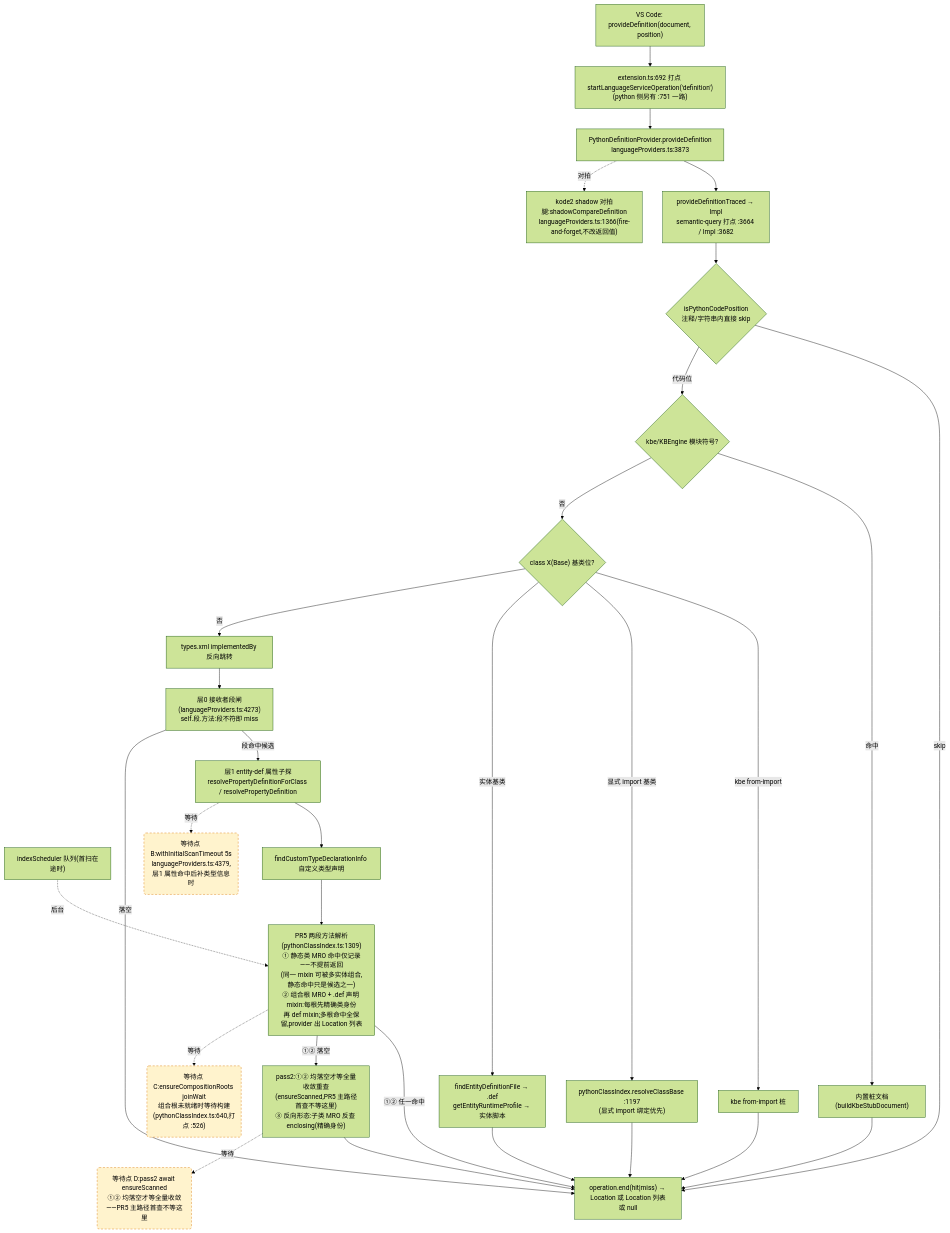
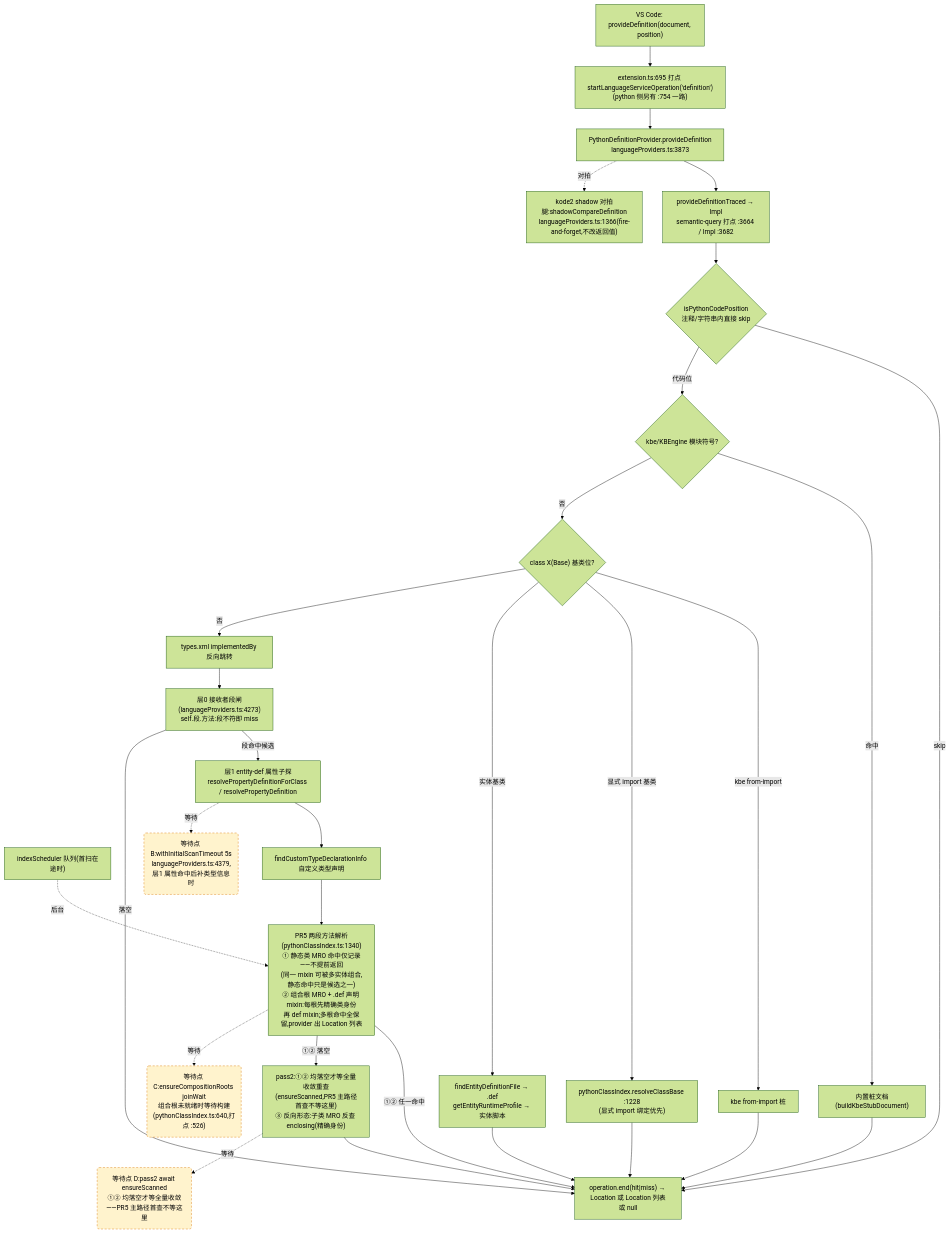
One commit to cuihairu/kode changed the second of 4 diagrams in docs/perf/2026-baseline.md. Above: the diagram before and after it, drawn with Mermaid (forest theme). The commit also changed other lines of this file and 8 other files, not shown here.

````diff
--- a/docs/perf/2026-baseline.md
+++ b/docs/perf/2026-baseline.md
@@ -130,51 +130,51 @@
 ```mermaid
 flowchart TD
   VC2["VS Code: provideDefinition(document, position)"]
-  M2["extension.ts:692 打点 startLanguageServiceOperation('definition')<br/>(python 侧另有 :751 一路)"]
+  M2["extension.ts:695 打点 startLanguageServiceOperation('definition')<br/>(python 侧另有 :754 一路)"]
   AD2["PythonDefinitionProvider.provideDefinition<br/>languageProviders.ts:3873"]
   TR["provideDefinitionTraced → Impl<br/>semantic-query 打点 :3664 / Impl :3682"]
   CTX{"isPythonCodePosition<br/>注释/字符串内直接 skip"}
   KBE{"kbe/KBEngine 模块符号?"}
   STUB["内置桩文档(buildKbeStubDocument)"]
   CB{"class X(Base) 基类位?"}
   CB1["kbe from-import 桩"]
-  CB2["pythonClassIndex.resolveClassBase :1197<br/>(显式 import 绑定优先)"]
+  CB2["pythonClassIndex.resolveClassBase :1228<br/>(显式 import 绑定优先)"]
   CB3["findEntityDefinitionFile → .def<br/>getEntityRuntimeProfile → 实体脚本"]
   REV["types.xml implementedBy 反向跳转"]
   L0["层0 接收者段闸(languageProviders.ts:4273)<br/>self.段.方法:段不符即 miss"]
   L1["层1 entity-def 属性子探<br/>resolvePropertyDefinitionForClass / resolvePropertyDefinition"]
   SCAN["indexScheduler 队列(首扫在途时)"]
   TY["findCustomTypeDeclarationInfo 自定义类型声明"]
-  MRO["PR5 两段方法解析(pythonClassIndex.ts:1309)<br/>① 静态类 MRO 命中仅记录——不提前返回<br/>(同一 mixin 可被多实体组合,静态命中只是候选之一)<br/>② 组合根 MRO + .def 声明 mixin:每根先精确类身份<br/>再 def mixin;多根命中全保留,provider 出 Location 列表"]
+  MRO["PR5 两段方法解析(pythonClassIndex.ts:1340)<br/>① 静态类 MRO 命中仅记录——不提前返回<br/>(同一 mixin 可被多实体组合,静态命中只是候选之一)<br/>② 组合根 MRO + .def 声明 mixin:每根先精确类身份<br/>再 def mixin;多根命中全保留,provider 出 Location 列表"]
   PASS2["pass2:①② 均落空才等全量收敛重查<br/>(ensureScanned,PR5 主路径首查不等这里)<br/>③ 反向形态:子类 MRO 反查 enclosing(精确身份)"]
   SHD["kode2 shadow 对拍腿:shadowCompareDefinition<br/>languageProviders.ts:1366(fire-and-forget,不改返回值)"]
   END2["operation.end(hit|miss) → Location 或 Location 列表或 null"]
 
   VC2 --> M2 --> AD2 --> TR --> CTX
   CTX -- "skip" --> END2
   CTX -- "代码位" --> KBE
   KBE -- "命中" --> STUB --> END2
   KBE -- "否" --> CB
   CB -- "kbe from-import" --> CB1 --> END2
   CB -- "显式 import 基类" --> CB2 --> END2
   CB -- "实体基类" --> CB3 --> END2
   CB -- "否" --> REV --> L0
   L0 -- "段命中候选" --> L1
   L0 -- "落空" --> END2
   L1 --> TY
   TY --> MRO
   MRO -- "①② 任一命中" --> END2
   MRO -- "①② 落空" --> PASS2 --> END2
   AD2 -.->|对拍| SHD
 
   WAITB("等待点 B:withInitialScanTimeout 5s<br/>languageProviders.ts:4379,层1 属性命中后补类型信息时")
   WAITC("等待点 C:ensureCompositionRoots joinWait<br/>组合根未就绪时等待构建(pythonClassIndex.ts:640,打点 :526)")
   WAITD("等待点 D:pass2 await ensureScanned<br/>①② 均落空才等全量收敛——PR5 主路径首查不等这里")
   L1 -.->|等待| WAITB
   MRO -.->|等待| WAITC
   PASS2 -.->|等待| WAITD
   SCAN -.->|后台| MRO
 
   classDef waitPoint fill:#fff3cd,stroke:#d97706,stroke-dasharray:5 4;
   class WAITB,WAITC,WAITD waitPoint;
 ```
````
